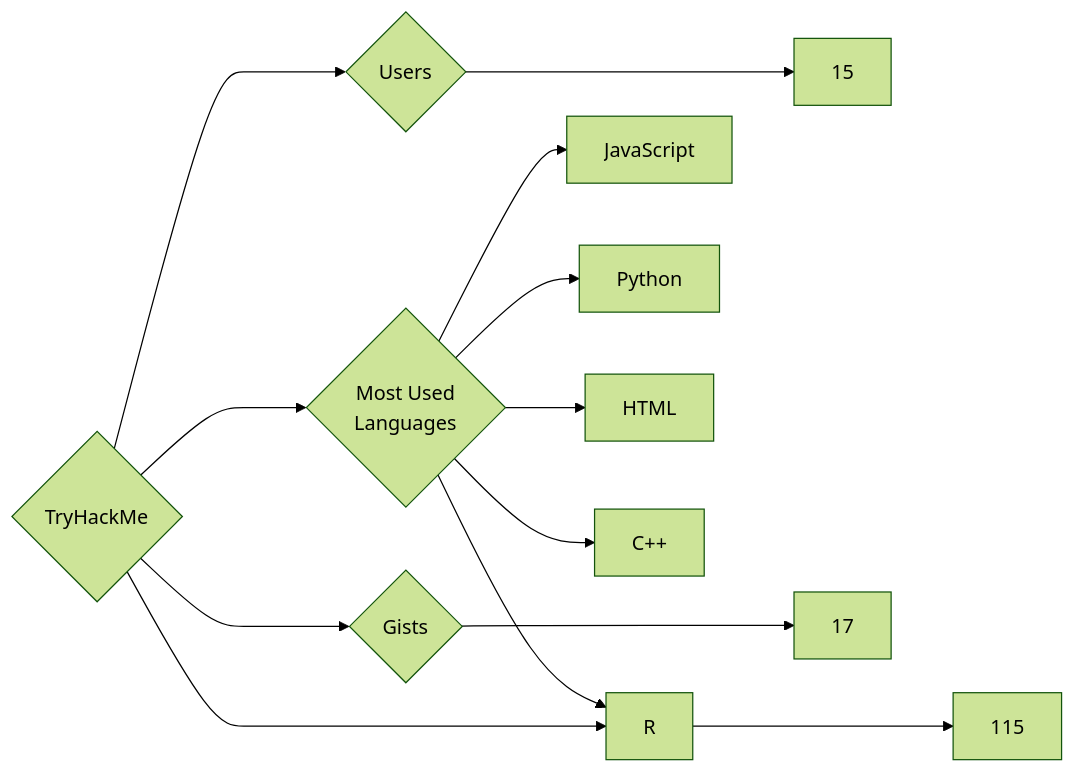
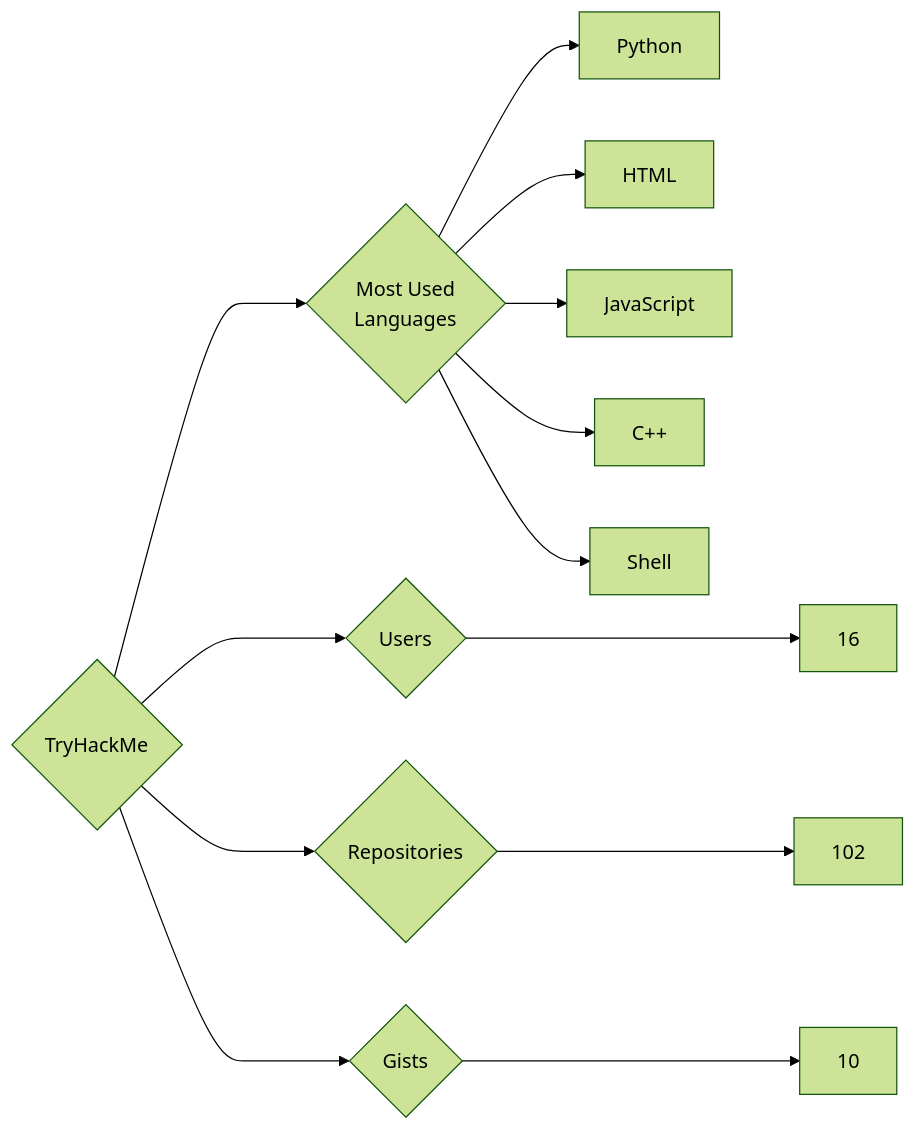
Before and after one commit to trickest/insiders: the diagram in targets/TryHackMe/README.md, drawn with Mermaid (forest theme). The commit also changed 972 other files, not shown here.

````diff
--- a/targets/TryHackMe/README.md
+++ b/targets/TryHackMe/README.md
@@ -3,13 +3,13 @@
 ```mermaid
 graph LR
 COMPANY_NAME{TryHackMe}
-COMPANY_NAME ---> U{Users} ---> UN[15]
-COMPANY_NAME ---> R{Repositories} ---> RN[115]
-COMPANY_NAME ---> G{Gists} ---> GN[17]
+COMPANY_NAME ---> U{Users} ---> UN[16]
+COMPANY_NAME ---> R{Repositories} ---> RN[102]
+COMPANY_NAME ---> G{Gists} ---> GN[10]
 COMPANY_NAME ---> ML{Most Used<br>Languages}
-ML --> JavaScript[JavaScript]
 ML --> Python[Python]
 ML --> HTML[HTML]
+ML --> JavaScript[JavaScript]
 ML --> C++[C++]
-ML --> R[R]
+ML --> Shell[Shell]
 ```
````
